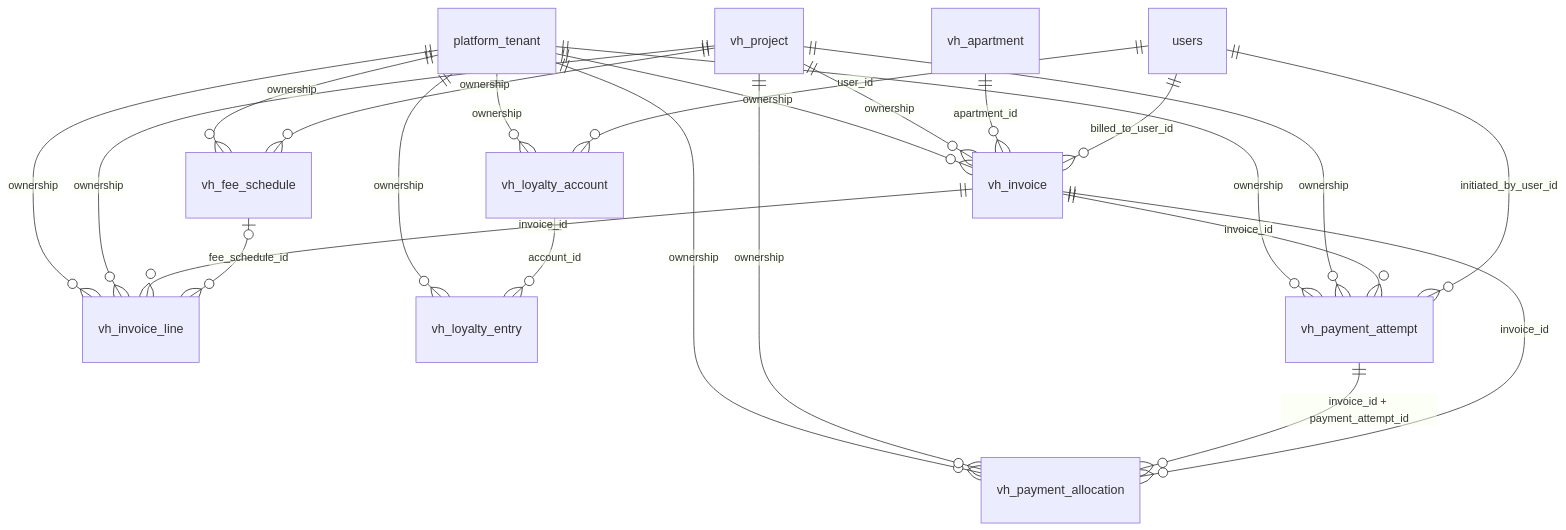
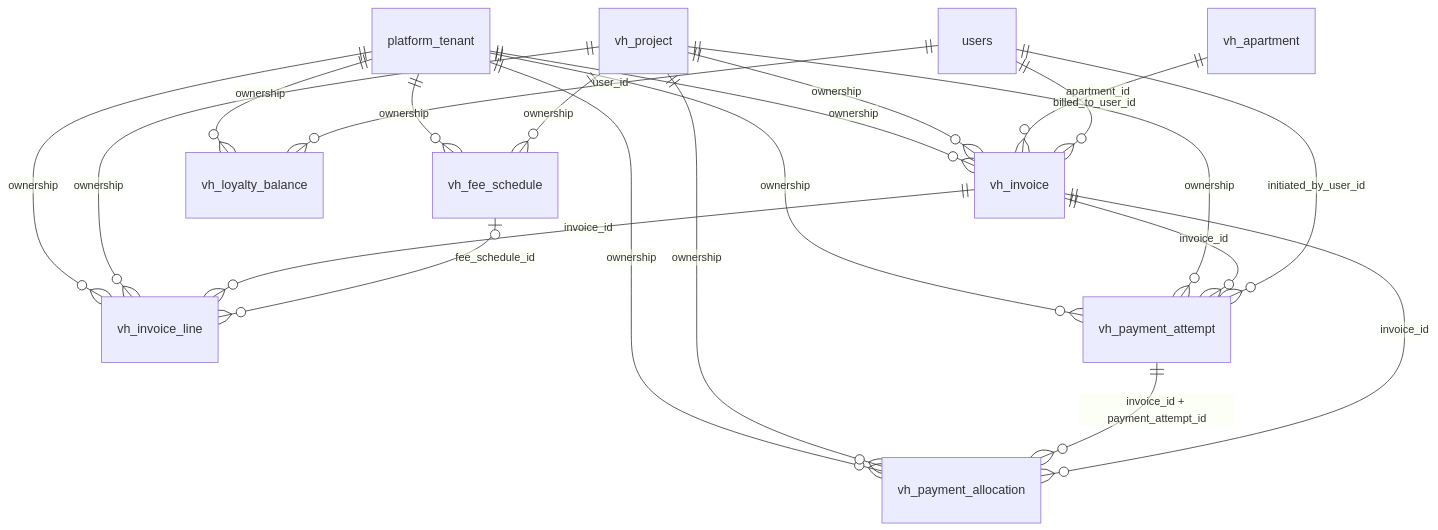
Before and after one commit to nguyennanganhdev/AI-Workforce-Platform: diagram 30 of 41 in docs/erd/physical/PROJECT_RELATIONSHIPS.md, drawn with Mermaid. The commit also changed other lines of this file and 146 other files, not shown here.

Commit message:
feat(db): consolidate P0 database schema and documentation

````diff
--- a/docs/erd/physical/PROJECT_RELATIONSHIPS.md
+++ b/docs/erd/physical/PROJECT_RELATIONSHIPS.md
@@ -777,32 +808,29 @@
 ```mermaid
 erDiagram
   vh_fee_schedule
   platform_tenant ||--o{ vh_fee_schedule : "ownership"
   vh_project ||--o{ vh_fee_schedule : "ownership"
   vh_invoice
   platform_tenant ||--o{ vh_invoice : "ownership"
   vh_project ||--o{ vh_invoice : "ownership"
   vh_apartment ||--o{ vh_invoice : "apartment_id"
   users ||--o{ vh_invoice : "billed_to_user_id"
   vh_invoice_line
   platform_tenant ||--o{ vh_invoice_line : "ownership"
   vh_project ||--o{ vh_invoice_line : "ownership"
   vh_invoice ||--o{ vh_invoice_line : "invoice_id"
   vh_fee_schedule |o--o{ vh_invoice_line : "fee_schedule_id"
-  vh_loyalty_account
-  platform_tenant ||--o{ vh_loyalty_account : "ownership"
-  users ||--o{ vh_loyalty_account : "user_id"
-  vh_loyalty_entry
-  platform_tenant ||--o{ vh_loyalty_entry : "ownership"
-  vh_loyalty_account ||--o{ vh_loyalty_entry : "account_id"
+  vh_loyalty_balance
+  platform_tenant ||--o{ vh_loyalty_balance : "ownership"
+  users ||--o{ vh_loyalty_balance : "user_id"
   vh_payment_allocation
   platform_tenant ||--o{ vh_payment_allocation : "ownership"
   vh_project ||--o{ vh_payment_allocation : "ownership"
   vh_payment_attempt ||--o{ vh_payment_allocation : "invoice_id + payment_attempt_id"
   vh_invoice ||--o{ vh_payment_allocation : "invoice_id"
   vh_payment_attempt
   platform_tenant ||--o{ vh_payment_attempt : "ownership"
   vh_project ||--o{ vh_payment_attempt : "ownership"
   vh_invoice ||--o{ vh_payment_attempt : "invoice_id"
   users ||--o{ vh_payment_attempt : "initiated_by_user_id"
 ```
````
